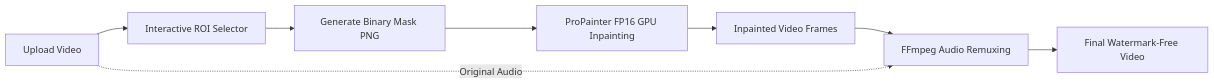
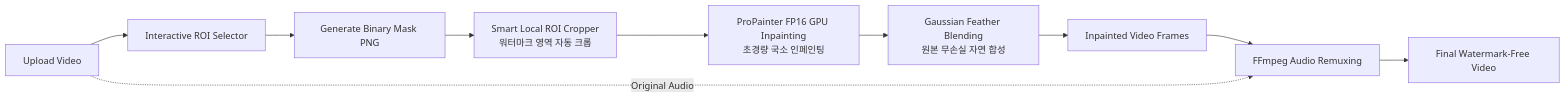
The diagram in README.md (tramper2/RmWaterMark), drawn with Mermaid before and after one commit. The commit also changed other lines of this file, not shown here.

Commit message:
docs: document Smart ROI Inpainting and Gaussian Feathered Blending in README.md

````diff
--- a/README.md
+++ b/README.md
@@ -35,10 +38,12 @@
 ```mermaid
 flowchart LR
     A[Upload Video] --> B[Interactive ROI Selector]
     B --> C[Generate Binary Mask PNG]
-    C --> D[ProPainter FP16 GPU Inpainting]
-    D --> E[Inpainted Video Frames]
-    E --> F[FFmpeg Audio Remuxing]
-    A -. Original Audio .-> F
-    F --> G[Final Watermark-Free Video]
+    C --> D[Smart Local ROI Cropper<br/>워터마크 영역 자동 크롭]
+    D --> E[ProPainter FP16 GPU Inpainting<br/>초경량 국소 인페인팅]
+    E --> F[Gaussian Feather Blending<br/>원본 무손실 자연 합성]
+    F --> G[Inpainted Video Frames]
+    G --> H[FFmpeg Audio Remuxing]
+    A -. Original Audio .-> H
+    H --> I[Final Watermark-Free Video]
 ```
````
